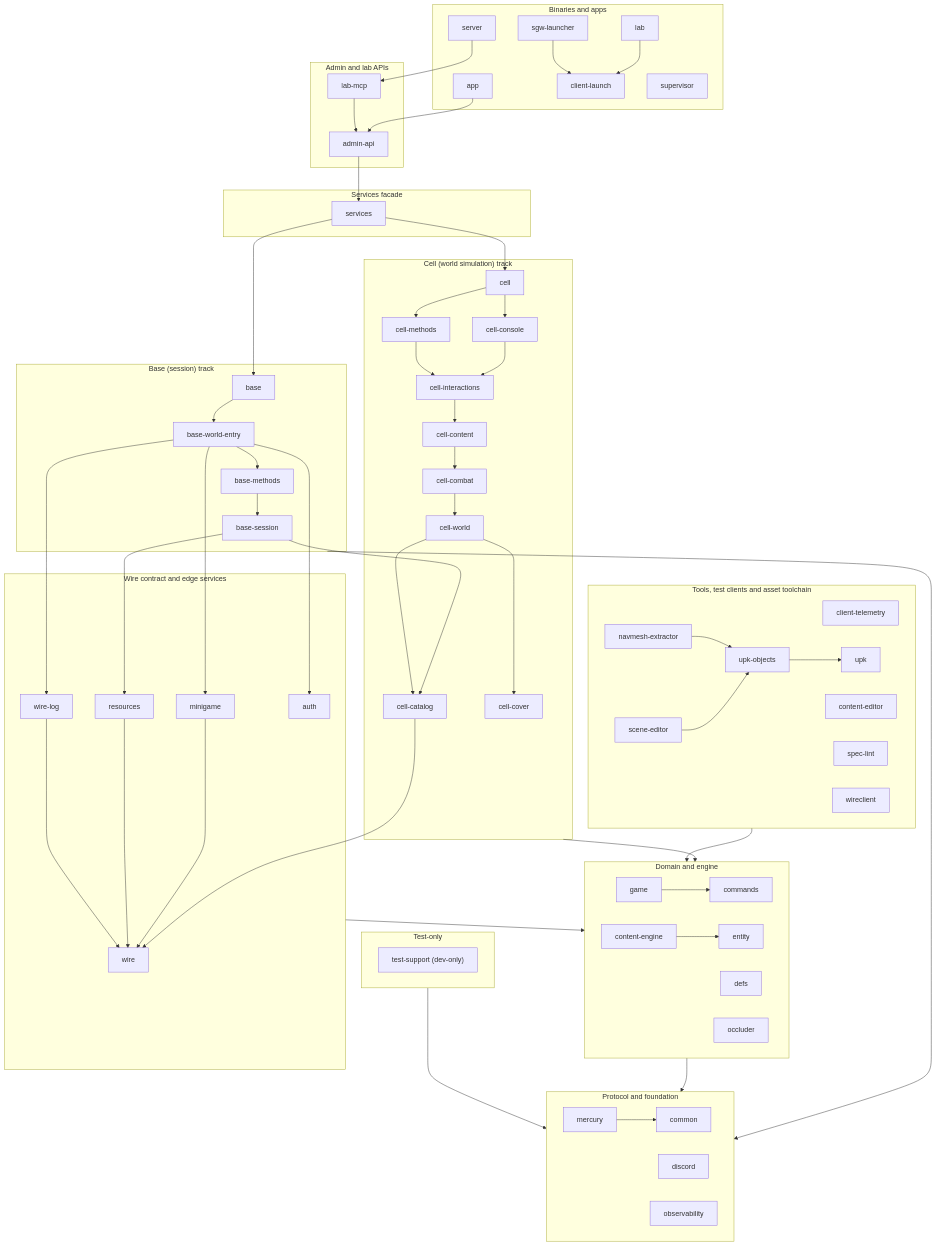
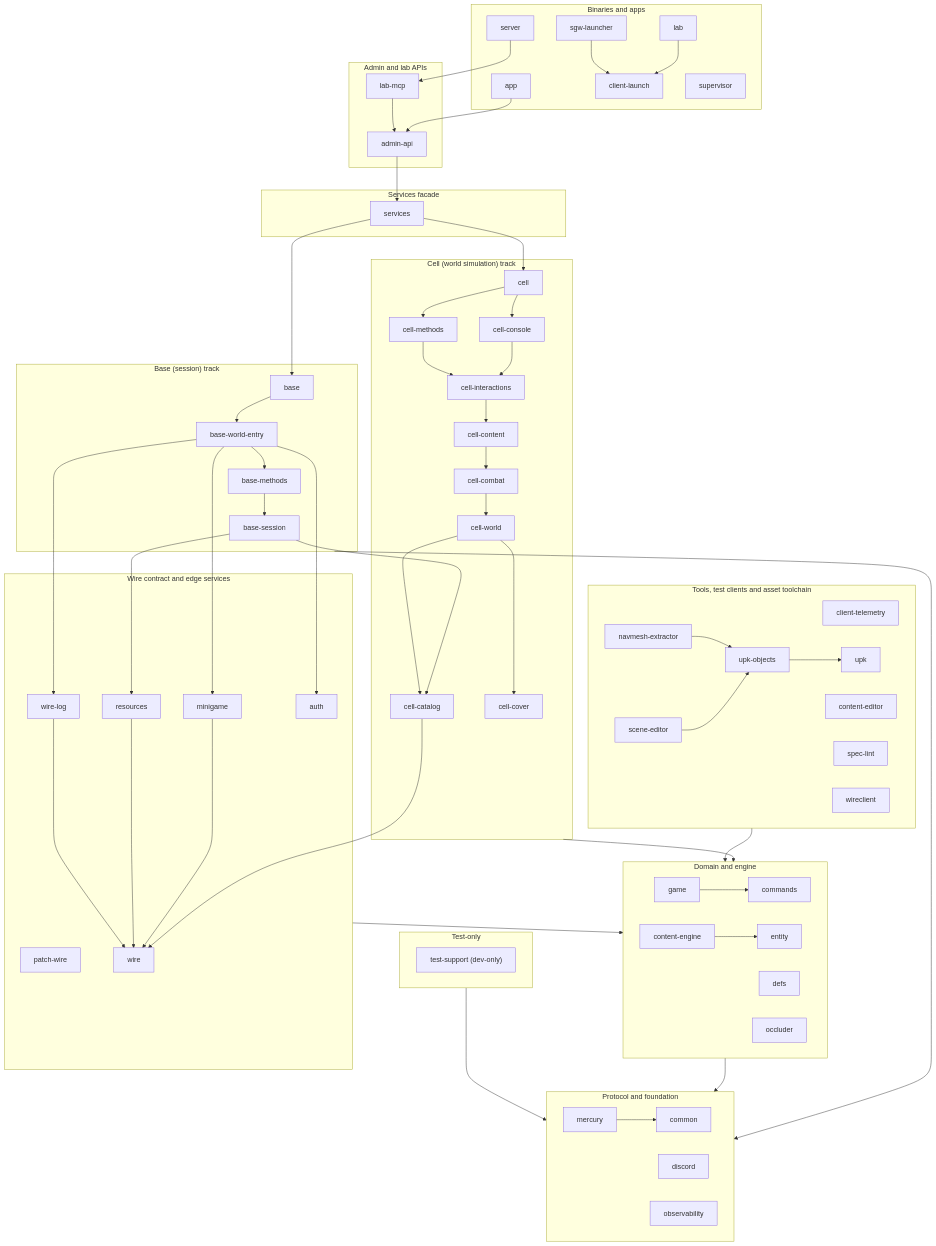
The diagram in README.md (SandboxServers/Cimmeria), drawn with Mermaid before and after one commit. The commit also changed other lines of this file and 22 other files, not shown here.

```diff
--- a/README.md
+++ b/README.md
@@ -133,6 +133,7 @@
     subgraph grp_wire["Wire contract and edge services"]
         auth["auth"]
         minigame["minigame"]
+        patchWire["patch-wire"]
         resources["resources"]
         wire["wire"]
         wireLog["wire-log"]
```
